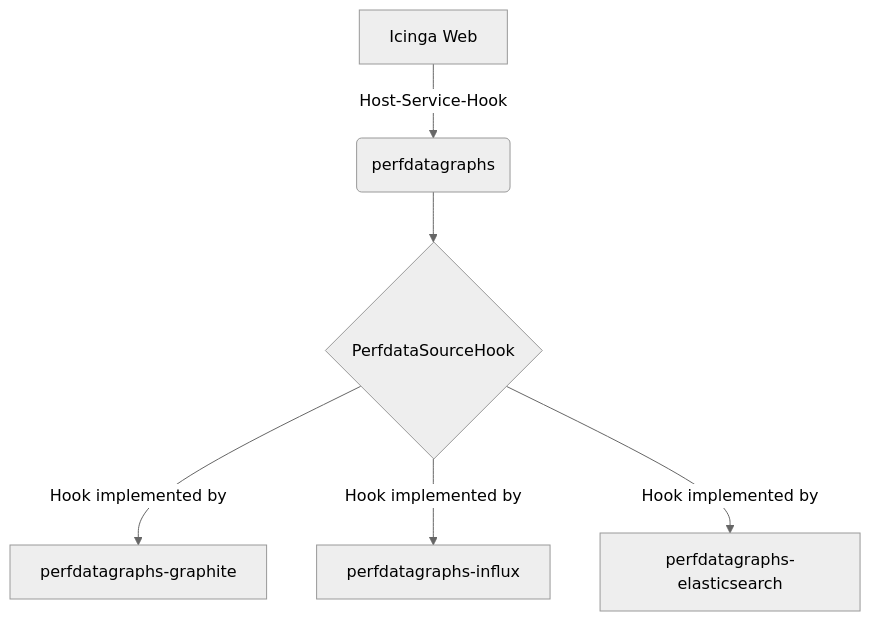
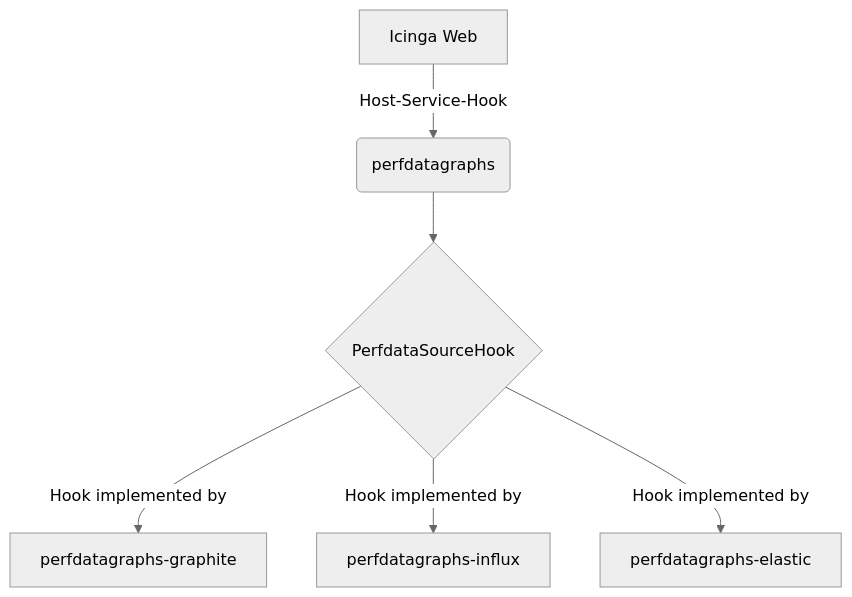
Before and after one commit to NETWAYS/icingaweb2-module-perfdatagraphs: the diagram in doc/01-About.md, drawn with Mermaid (neutral theme).

````diff
--- a/doc/01-About.md
+++ b/doc/01-About.md
@@ -8,8 +8,8 @@
 ```mermaid
 flowchart TD
     A[Icinga Web] -->|Host-Service-Hook| B(perfdatagraphs)
     B --> C{PerfdataSourceHook}
     C -->|Hook implemented by| D[perfdatagraphs-graphite]
     C -->|Hook implemented by| E[perfdatagraphs-influx]
-    C -->|Hook implemented by| F[perfdatagraphs-elasticsearch]
+    C -->|Hook implemented by| F[perfdatagraphs-elastic]
 ```
````
